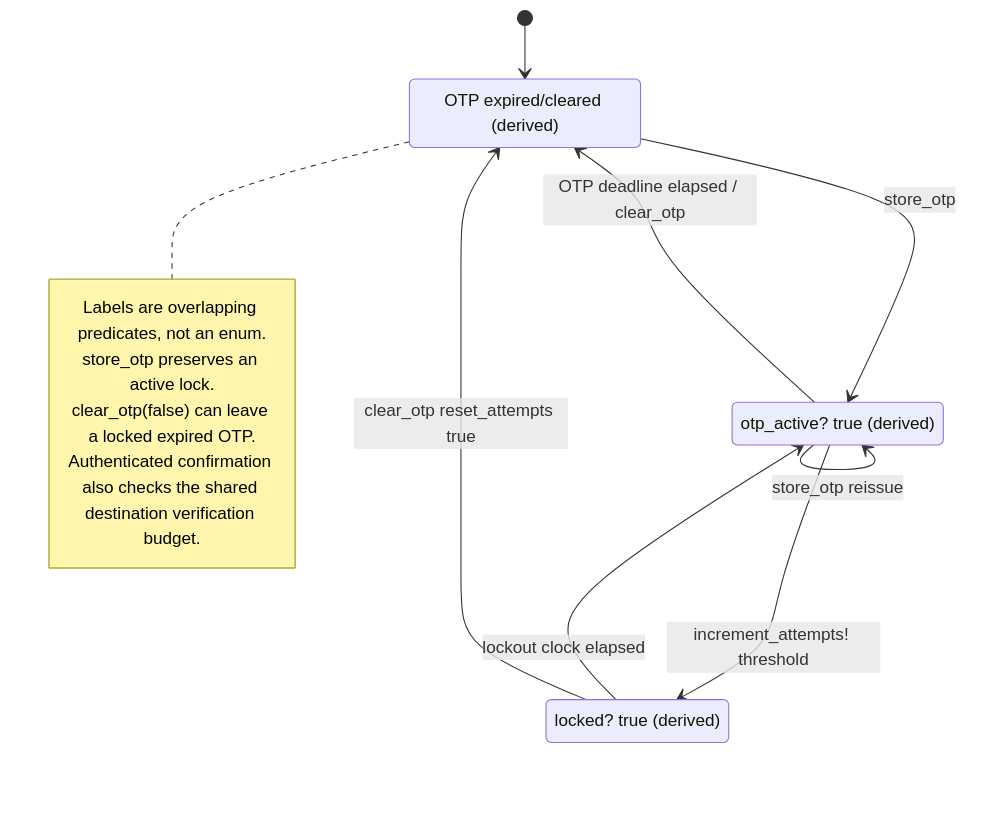
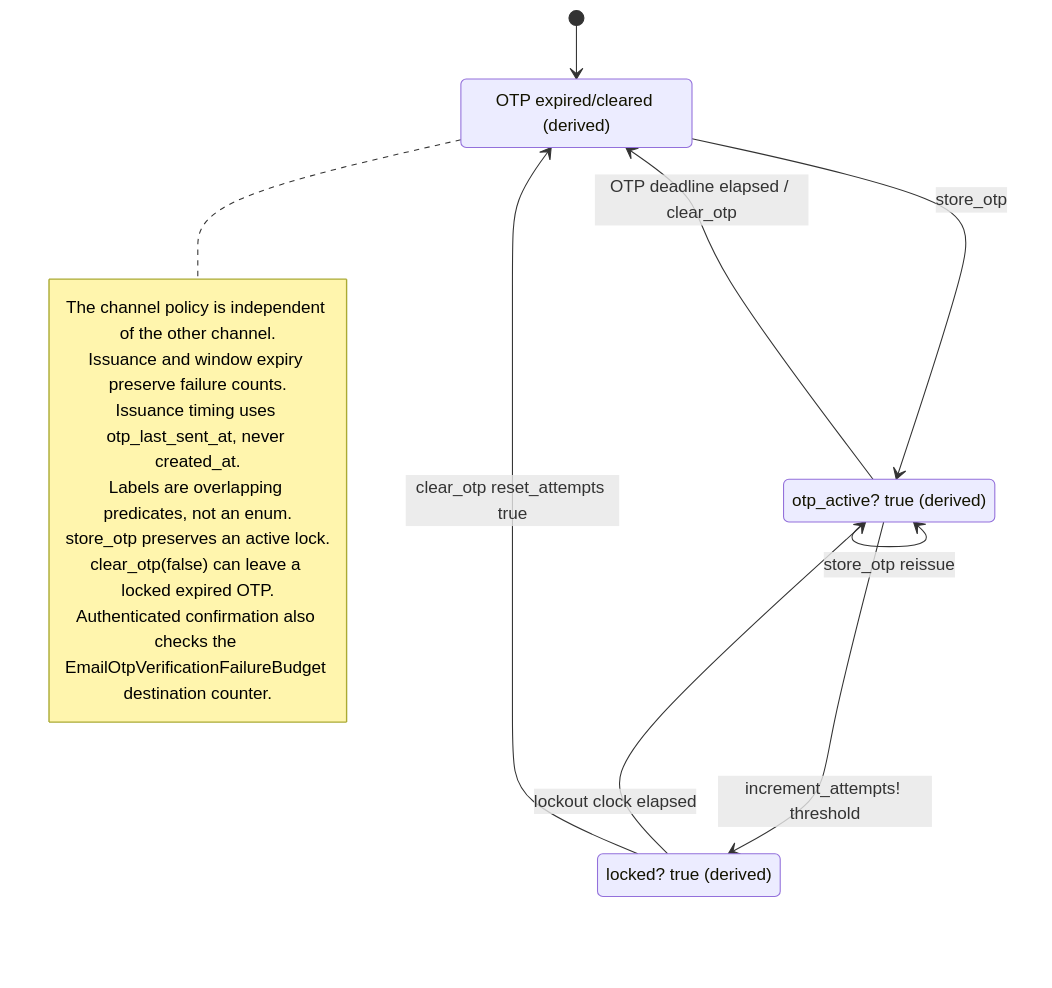
One commit to seahal/umaxica-apps-jit-global changed the diagram in docs/mermaid/idp-operator-email-otp.mmd. Above: the diagram before and after it, drawn with Mermaid. The commit also changed 658 other files, not shown here.

```diff
--- a/docs/mermaid/idp-operator-email-otp.mmd
+++ b/docs/mermaid/idp-operator-email-otp.mmd
@@ -1,18 +1,21 @@
 stateDiagram-v2
     %% CURRENT implementation; sources and guards in transition inventory.
     state "OTP expired/cleared (derived)" as inactive
     state "otp_active? true (derived)" as active
     state "locked? true (derived)" as locked
     [*] --> inactive
     inactive --> active: store_otp
     active --> active: store_otp reissue
     active --> locked: increment_attempts! threshold
     locked --> active: lockout clock elapsed
     active --> inactive: OTP deadline elapsed / clear_otp
     locked --> inactive: clear_otp reset_attempts true
     note right of inactive
+        The channel policy is independent of the other channel.
+        Issuance and window expiry preserve failure counts.
+        Issuance timing uses otp_last_sent_at, never created_at.
         Labels are overlapping predicates, not an enum.
         store_otp preserves an active lock.
         clear_otp(false) can leave a locked expired OTP.
-        Authenticated confirmation also checks the shared destination verification budget.
+        Authenticated confirmation also checks the EmailOtpVerificationFailureBudget destination counter.
     end note
```
